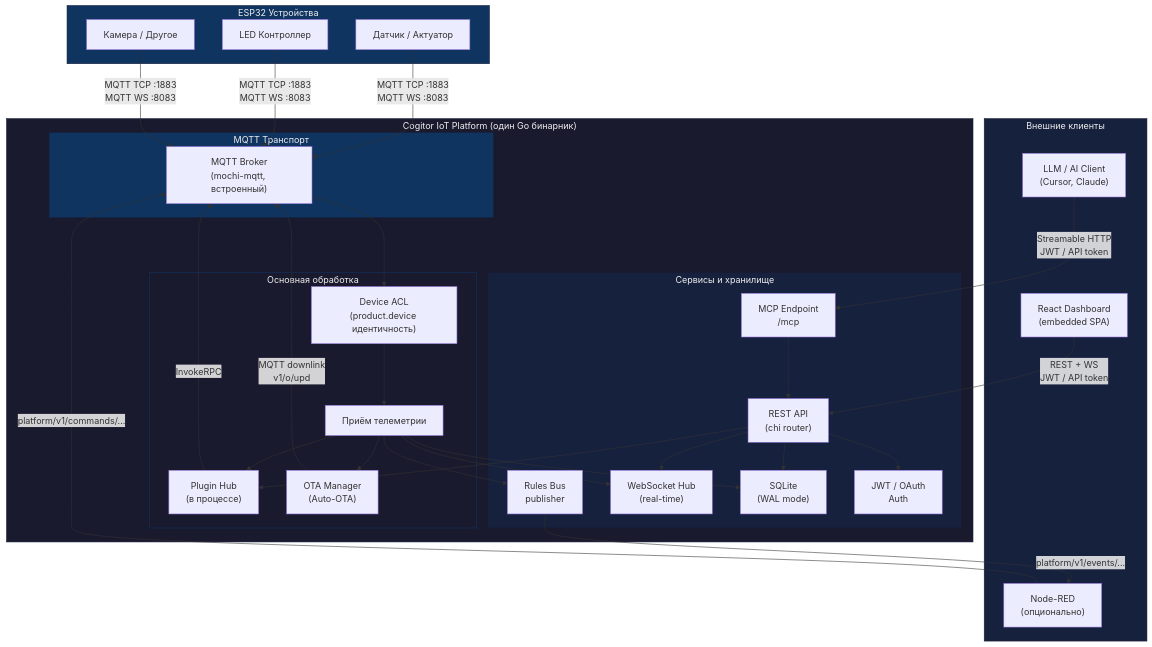
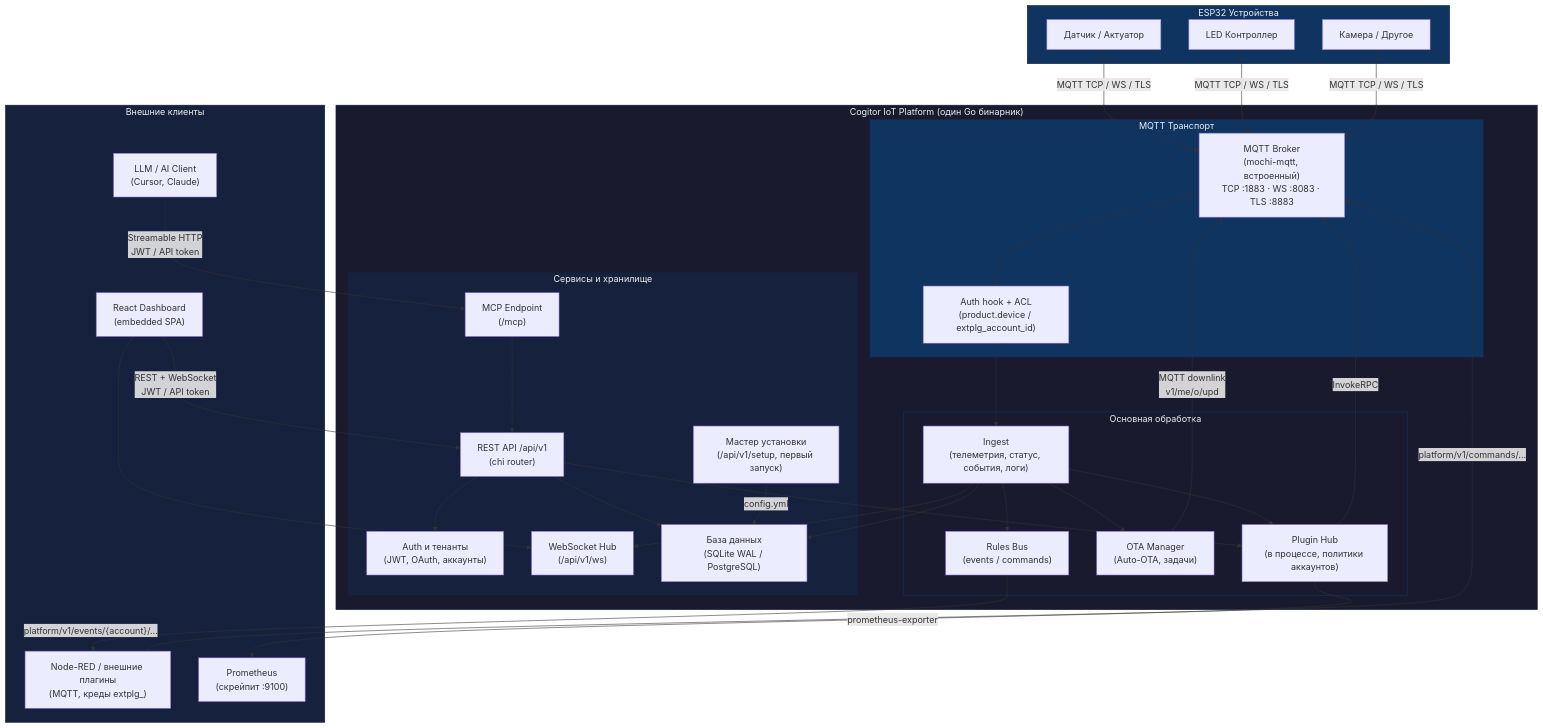
One commit to darvik80/iot-platform-go changed the first of 20 diagrams in docs/ru/14-diagrams.md. Above: the diagram before and after it, drawn with Mermaid. The commit also changed other lines of this file and 81 other files, not shown here.

````diff
--- a/docs/ru/14-diagrams.md
+++ b/docs/ru/14-diagrams.md
@@ -13,74 +13,78 @@
 ```mermaid
 graph TB
     subgraph Devices["ESP32 Устройства"]
         ESP1["Датчик / Актуатор"]
         ESP2["LED Контроллер"]
         ESP3["Камера / Другое"]
     end
 
     subgraph Platform["Cogitor IoT Platform (один Go бинарник)"]
         subgraph Transport["MQTT Транспорт"]
-            Broker["MQTT Broker<br/>(mochi-mqtt, встроенный)"]
+            Broker["MQTT Broker<br/>(mochi-mqtt, встроенный)<br/>TCP :1883 · WS :8083 · TLS :8883"]
+            ACL["Auth hook + ACL<br/>(product.device / extplg_account_id)"]
         end
 
         subgraph Core["Основная обработка"]
-            ACL["Device ACL<br/>(product.device идентичность)"]
-            Ingest["Приём телеметрии"]
-            PluginHub["Plugin Hub<br/>(в процессе)"]
-            OTA["OTA Manager<br/>(Auto-OTA)"]
+            Ingest["Ingest<br/>(телеметрия, статус, события, логи)"]
+            PluginHub["Plugin Hub<br/>(в процессе, политики аккаунтов)"]
+            OTA["OTA Manager<br/>(Auto-OTA, задачи)"]
+            Rules["Rules Bus<br/>(events / commands)"]
         end
 
         subgraph Services["Сервисы и хранилище"]
-            Rules["Rules Bus<br/>publisher"]
-            WS["WebSocket Hub<br/>(real-time)"]
-            DB["SQLite<br/>(WAL mode)"]
-            API["REST API<br/>(chi router)"]
-            Auth["JWT / OAuth<br/>Auth"]
-            MCP["MCP Endpoint<br/>/mcp"]
+            API["REST API /api/v1<br/>(chi router)"]
+            Auth["Auth и тенанты<br/>(JWT, OAuth, аккаунты)"]
+            WS["WebSocket Hub<br/>(/api/v1/ws)"]
+            MCP["MCP Endpoint<br/>(/mcp)"]
+            Setup["Мастер установки<br/>(/api/v1/setup, первый запуск)"]
+            DB["База данных<br/>(SQLite WAL / PostgreSQL)"]
         end
     end
 
     subgraph External["Внешние клиенты"]
         UI["React Dashboard<br/>(embedded SPA)"]
-        NR["Node-RED<br/>(опционально)"]
         LLM["LLM / AI Client<br/>(Cursor, Claude)"]
+        NR["Node-RED / внешние плагины<br/>(MQTT, креды extplg_)"]
+        Prom["Prometheus<br/>(скрейпит :9100)"]
     end
 
     %% Устройство → Транспорт
-    ESP1 & ESP2 & ESP3 -->|"MQTT TCP :1883<br/>MQTT WS :8083"| Broker
+    ESP1 & ESP2 & ESP3 -->|"MQTT TCP / WS / TLS"| Broker
 
     %% Транспорт → Ядро
     Broker --> ACL
     ACL --> Ingest
 
     %% Ядро внутреннее
     Ingest --> PluginHub
     Ingest --> OTA
+    Ingest --> Rules
 
     %% Ядро → Сервисы
     Ingest --> DB
     Ingest --> WS
-    Ingest --> Rules
     PluginHub -->|"InvokeRPC"| Broker
-    OTA -->|"MQTT downlink<br/>v1/o/upd"| Broker
+    OTA -->|"MQTT downlink<br/>v1/me/o/upd"| Broker
 
     %% Сервисы внутреннее
     API --> Auth
     API --> DB
-    API --> WS
     API --> PluginHub
     MCP --> API
+    Setup -->|"config.yml"| DB
 
     %% Сервисы ↔ Внешние
-    Rules -->|"platform/v1/events/..."| NR
+    Rules -->|"platform/v1/events/{account}/..."| NR
     NR -->|"platform/v1/commands/..."| Broker
-    UI -->|"REST + WS<br/>JWT / API token"| API
+    UI -->|"REST + WebSocket<br/>JWT / API token"| API
+    UI --> WS
     LLM -->|"Streamable HTTP<br/>JWT / API token"| MCP
+    PluginHub -->|"prometheus-exporter"| Prom
 
     style Platform fill:#1a1a2e,stroke:#16213e,color:#eee
     style Transport fill:#0f3460,stroke:#16213e,color:#eee
     style Core fill:#1a1a2e,stroke:#0f3460,color:#eee
     style Services fill:#16213e,stroke:#1a1a2e,color:#eee
     style Devices fill:#0f3460,stroke:#16213e,color:#eee
     style External fill:#16213e,stroke:#1a1a2e,color:#eee
 ```
````
